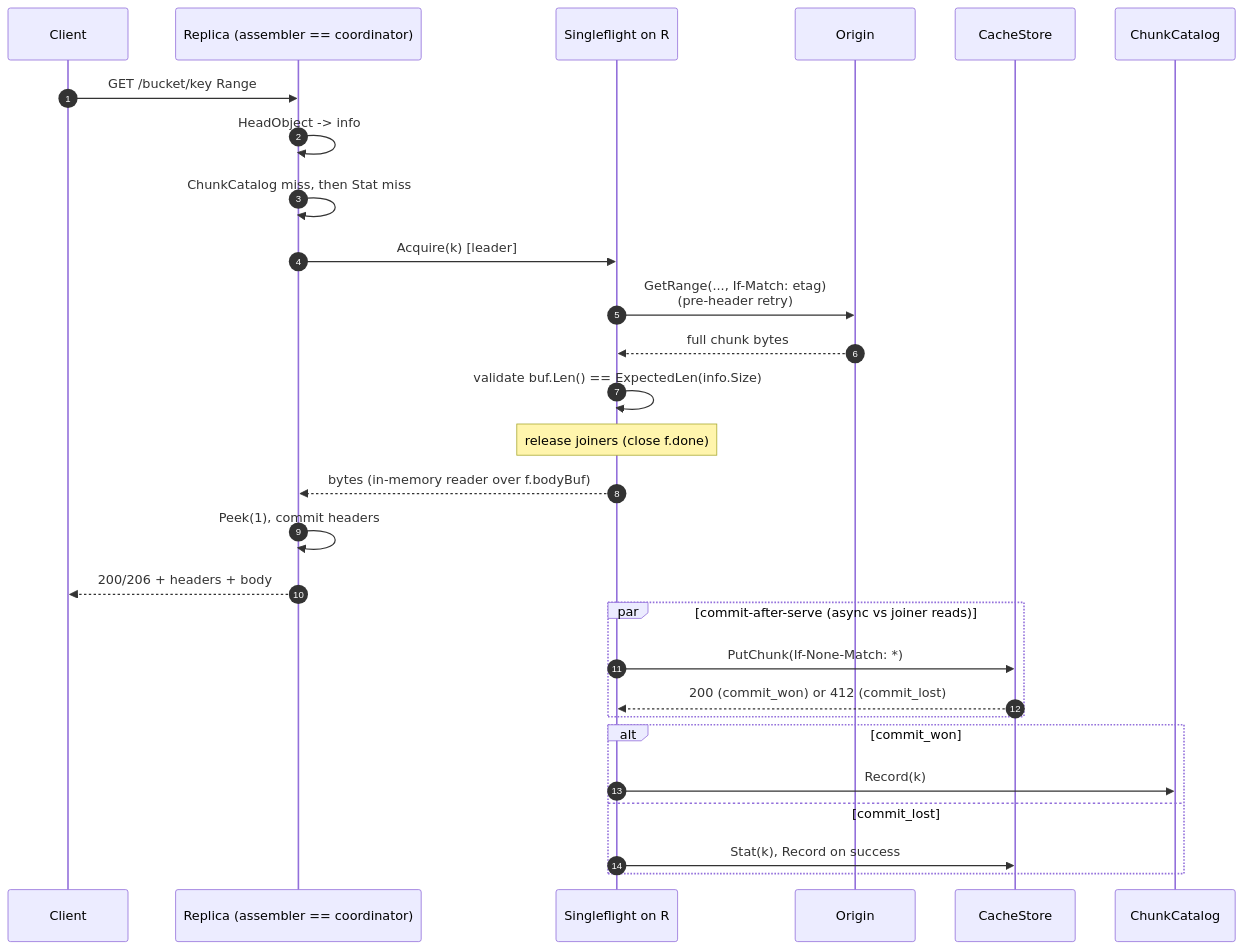
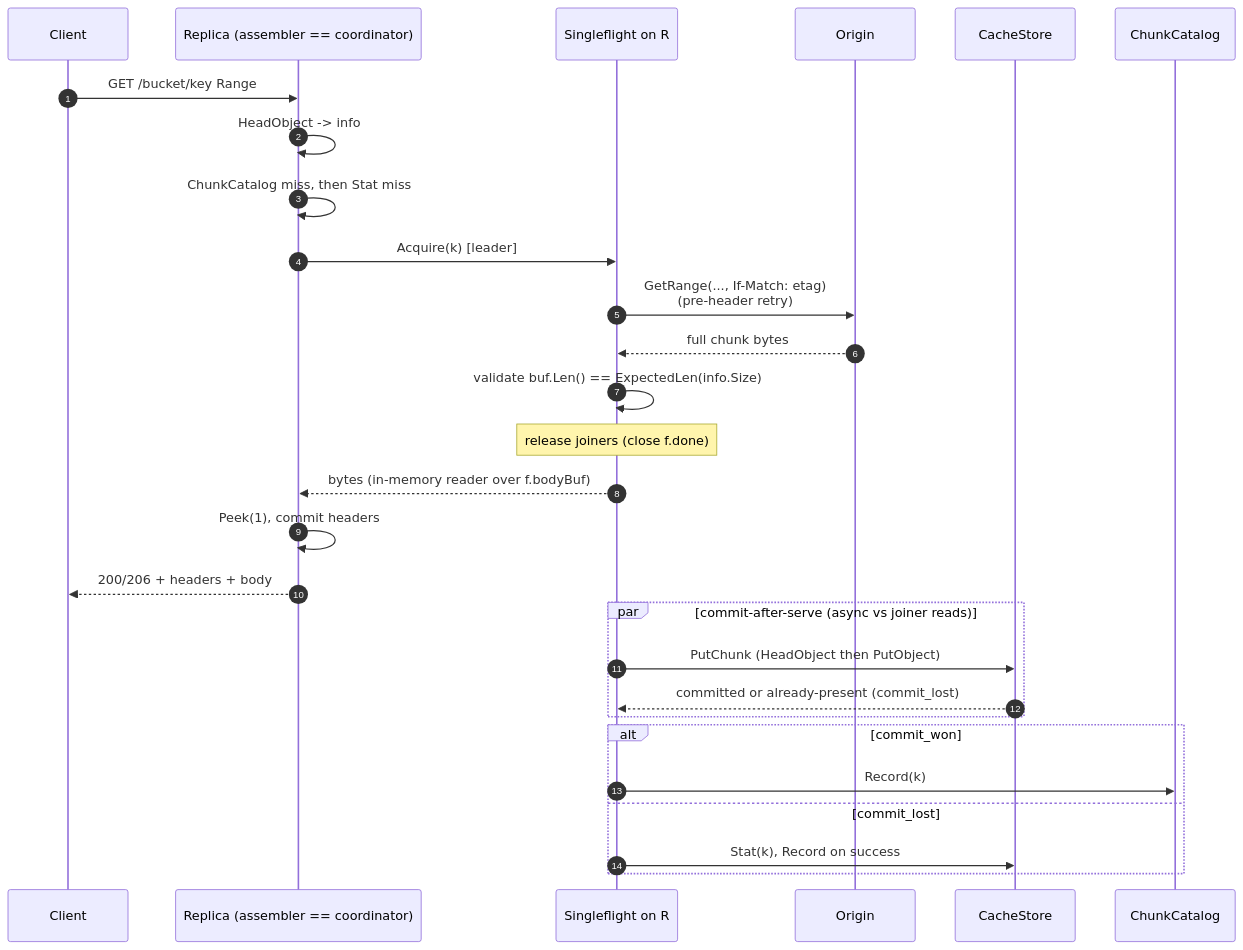
The fourth of 7 diagrams in designs/orca/design.md (Azure/unbounded), drawn with Mermaid before and after one commit. The commit also changed other lines of this file and 1 other file, not shown here.

First line of the commit message:
docs(orca): update design + brief for stat-then-put commit

````diff
--- a/designs/orca/design.md
+++ b/designs/orca/design.md
@@ -439,30 +441,30 @@
 ```mermaid
 sequenceDiagram
     autonumber
     participant C as Client
     participant R as Replica (assembler == coordinator)
     participant SF as Singleflight on R
     participant O as Origin
     participant CS as CacheStore
     participant Cat as ChunkCatalog
     C->>R: GET /bucket/key Range
     R->>R: HeadObject -> info
     R->>R: ChunkCatalog miss, then Stat miss
     R->>SF: Acquire(k) [leader]
     SF->>O: GetRange(..., If-Match: etag)<br/>(pre-header retry)
     O-->>SF: full chunk bytes
     SF->>SF: validate buf.Len() == ExpectedLen(info.Size)
     Note over SF: release joiners (close f.done)
     SF-->>R: bytes (in-memory reader over f.bodyBuf)
     R->>R: Peek(1), commit headers
     R-->>C: 200/206 + headers + body
     par commit-after-serve (async vs joiner reads)
-        SF->>CS: PutChunk(If-None-Match: *)
-        CS-->>SF: 200 (commit_won) or 412 (commit_lost)
+        SF->>CS: PutChunk (HeadObject then PutObject)
+        CS-->>SF: committed or already-present (commit_lost)
     end
     alt commit_won
         SF->>Cat: Record(k)
     else commit_lost
         SF->>CS: Stat(k), Record on success
     end
 ```
````
